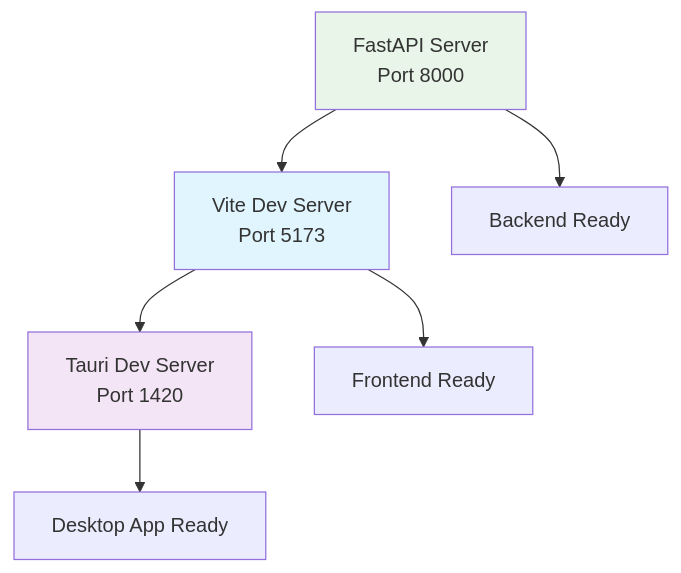
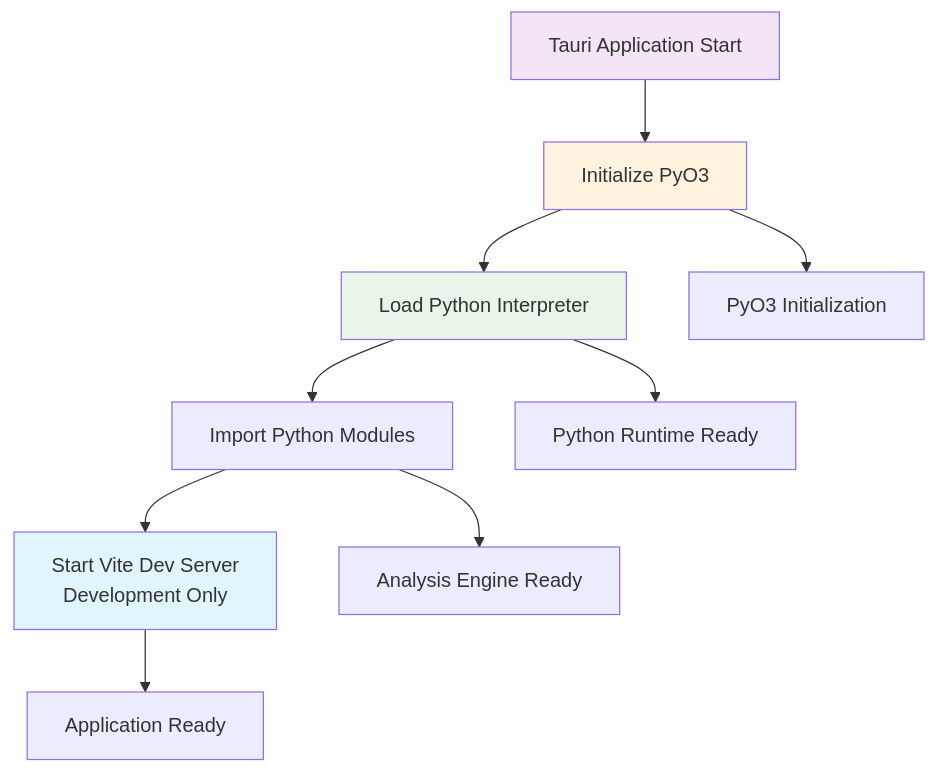
The fourth of 6 diagrams in docs/development/development-architecture.md (boost-edu-tools/gitinspectorgui), drawn with Mermaid before and after one commit. The commit also changed other lines of this file and 13 other files, not shown here.

````diff
--- a/docs/development/development-architecture.md
+++ b/docs/development/development-architecture.md
@@ -118,13 +134,17 @@
 ```mermaid
 graph TD
-    A[FastAPI Server<br/>Port 8000] --> B[Vite Dev Server<br/>Port 5173]
-    B --> C[Tauri Dev Server<br/>Port 1420]
+    A[Tauri Application Start] --> B[Initialize PyO3]
+    B --> C[Load Python Interpreter]
+    C --> D[Import Python Modules]
+    D --> E[Start Vite Dev Server<br/>Development Only]
+    E --> F[Application Ready]
 
-    A --> D[Backend Ready]
-    B --> E[Frontend Ready]
-    C --> F[Desktop App Ready]
+    B --> G[PyO3 Initialization]
+    C --> H[Python Runtime Ready]
+    D --> I[Analysis Engine Ready]
 
-    style A fill:#e8f5e8
-    style B fill:#e1f5fe
-    style C fill:#f3e5f5
+    style A fill:#f3e5f5
+    style B fill:#fff3e0
+    style C fill:#e8f5e8
+    style E fill:#e1f5fe
 ```
````
